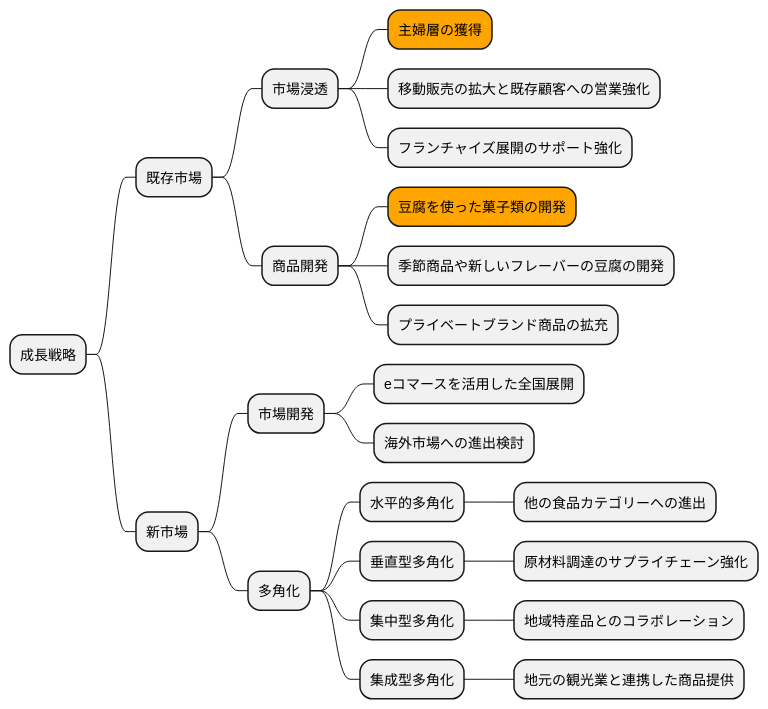
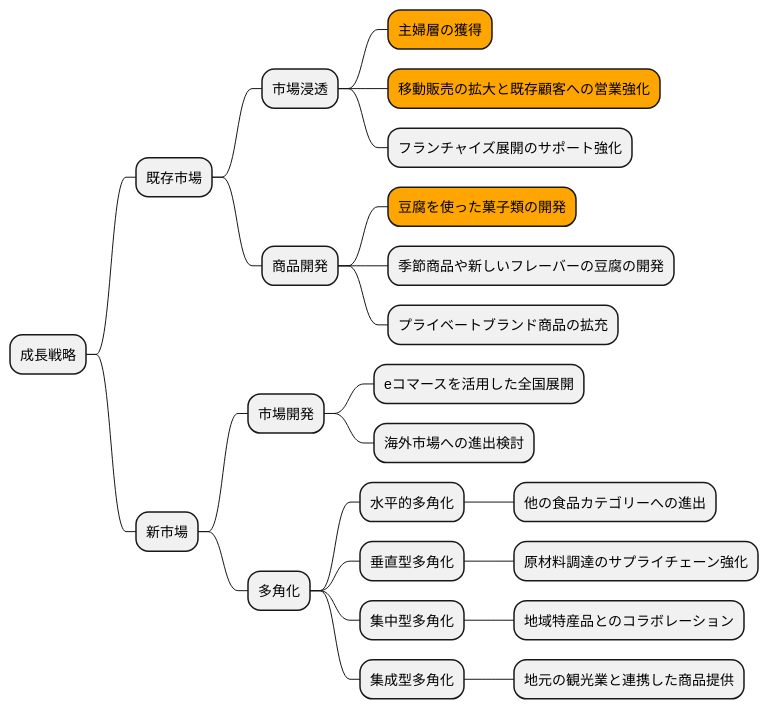
One commit to k2works/case-sutudy-business-analysis changed the sixth of 16 diagrams in docs/case/r03_case_2.adoc. Above: the diagram before and after it, drawn with PlantUML. The commit also changed other lines of this file, not shown here.

```diff
--- a/docs/case/r03_case_2.adoc
+++ b/docs/case/r03_case_2.adoc
@@ -211,30 +211,30 @@
 [plantuml]
 ----
 @startmindmap
 
 * 成長戦略
 ** 既存市場
 *** 市場浸透
 ****[#orange] 主婦層の獲得
-**** 移動販売の拡大と既存顧客への営業強化
+****[#orange] 移動販売の拡大と既存顧客への営業強化
 **** フランチャイズ展開のサポート強化
 *** 商品開発
 ****[#orange] 豆腐を使った菓子類の開発
 **** 季節商品や新しいフレーバーの豆腐の開発
 **** プライベートブランド商品の拡充
 ** 新市場
 *** 市場開発
 **** eコマースを活用した全国展開
 **** 海外市場への進出検討
 *** 多角化
 **** 水平的多角化
 ***** 他の食品カテゴリーへの進出
 **** 垂直型多角化
 ***** 原材料調達のサプライチェーン強化
 **** 集中型多角化
 ***** 地域特産品とのコラボレーション
 **** 集成型多角化
 ***** 地元の観光業と連携した商品提供
 
 @endmindmap
 ----
```
